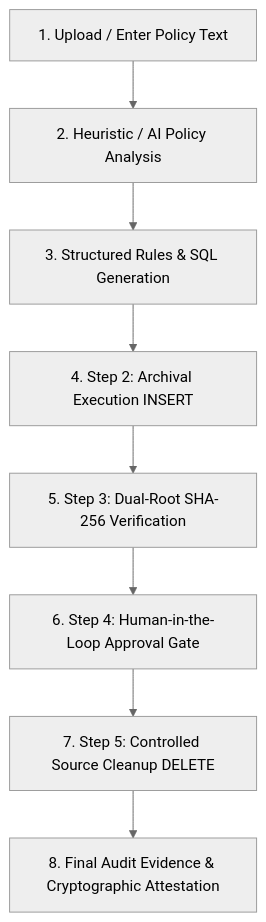
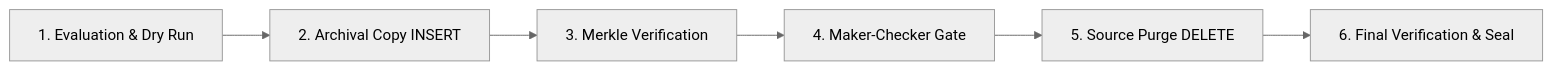
The diagram in README.md (Sushanth08k/Controls.Ai), drawn with Mermaid (neutral theme) before and after one commit. The commit also changed other lines of this file, not shown here.

````diff
--- a/README.md
+++ b/README.md
@@ -143,10 +67,8 @@
 ```mermaid
-graph TD
-    A[1. Upload / Enter Policy Text] --> B[2. Heuristic / AI Policy Analysis]
-    B --> C[3. Structured Rules & SQL Generation]
-    C --> D[4. Step 2: Archival Execution INSERT]
-    D --> E[5. Step 3: Dual-Root SHA-256 Verification]
-    E --> F[6. Step 4: Human-in-the-Loop Approval Gate]
-    F --> G[7. Step 5: Controlled Source Cleanup DELETE]
-    G --> H[8. Final Audit Evidence & Cryptographic Attestation]
+flowchart LR
+    S1[1. Evaluation & Dry Run] --> S2[2. Archival Copy INSERT]
+    S2 --> S3[3. Merkle Verification]
+    S3 --> S4[4. Maker-Checker Gate]
+    S4 --> S5[5. Source Purge DELETE]
+    S5 --> S6[6. Final Verification & Seal]
 ```
````
